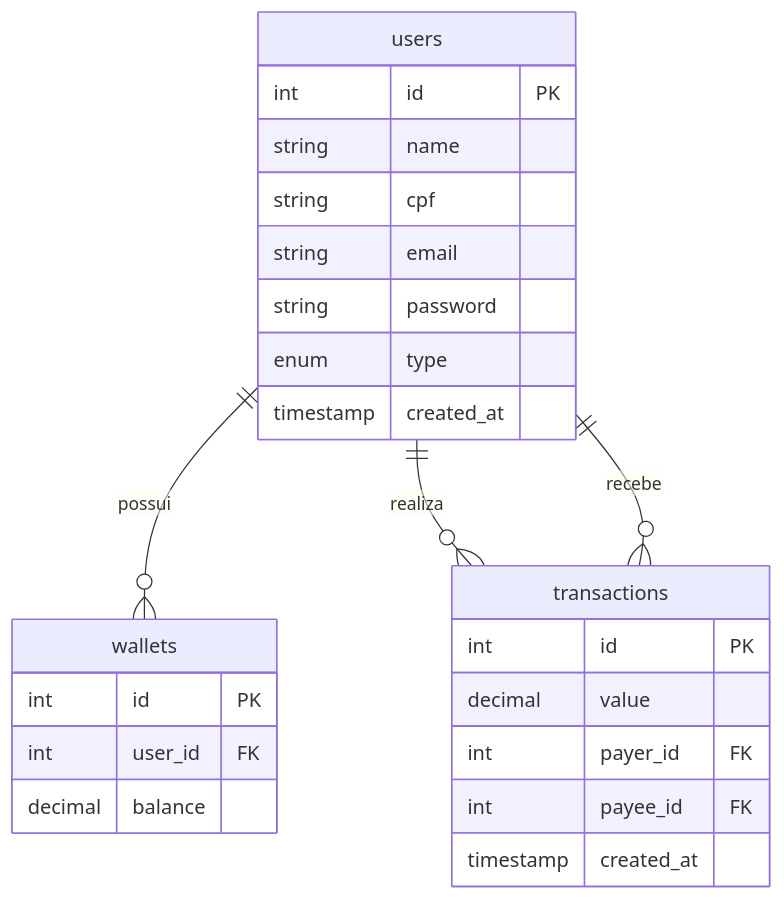
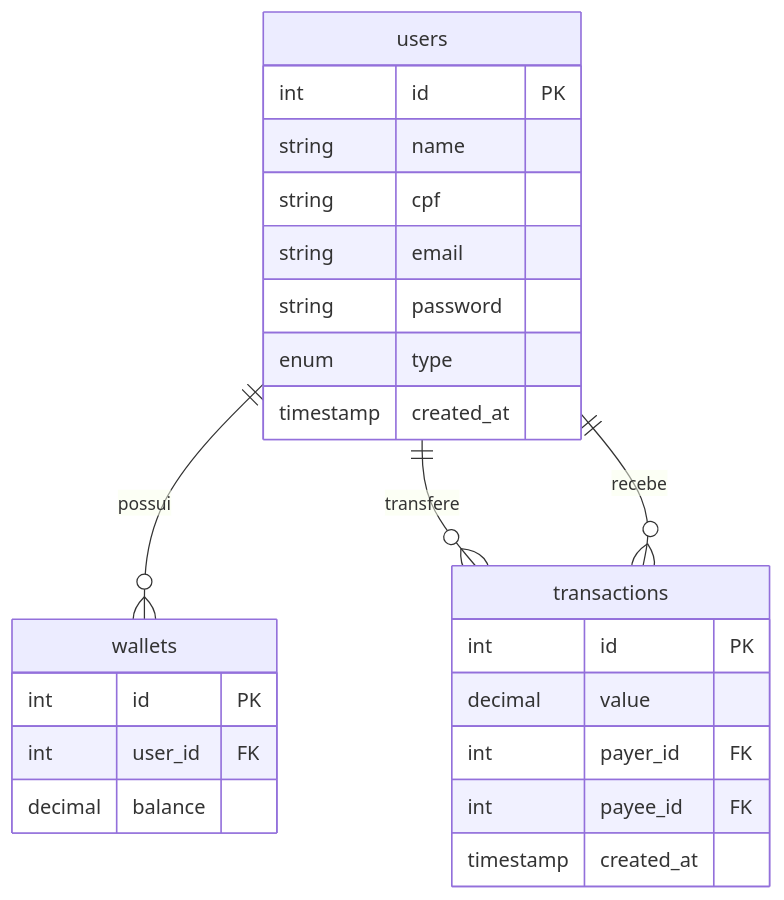
The third of 3 diagrams in README.md (ahrocha/pps), drawn with Mermaid before and after one commit. The commit also changed other lines of this file, not shown here.

````diff
--- a/README.md
+++ b/README.md
@@ -127,30 +165,30 @@
 ```mermaid
 erDiagram
     users {
         int id PK
         string name
         string cpf
         string email
         string password
         enum type
         timestamp created_at
     }
 
     wallets {
         int id PK
         int user_id FK
         decimal balance
     }
 
     transactions {
         int id PK
         decimal value
         int payer_id FK
         int payee_id FK
         timestamp created_at
     }
 
     users ||--o{ wallets: "possui"
-    users ||--o{ transactions : "realiza"
+    users ||--o{ transactions : "transfere"
     users ||--o{ transactions : "recebe"
 ```
````
